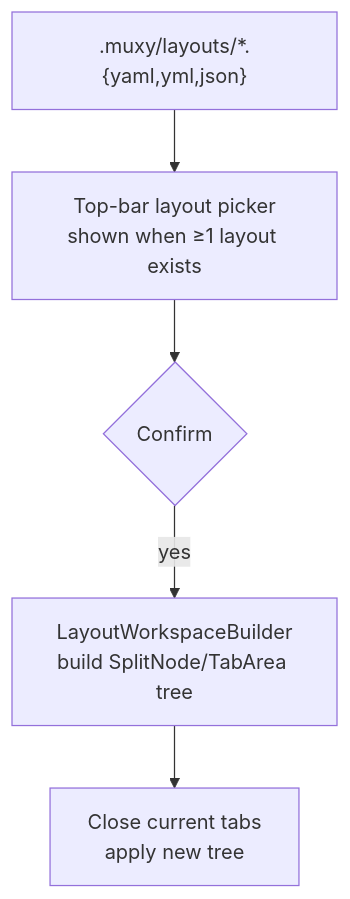
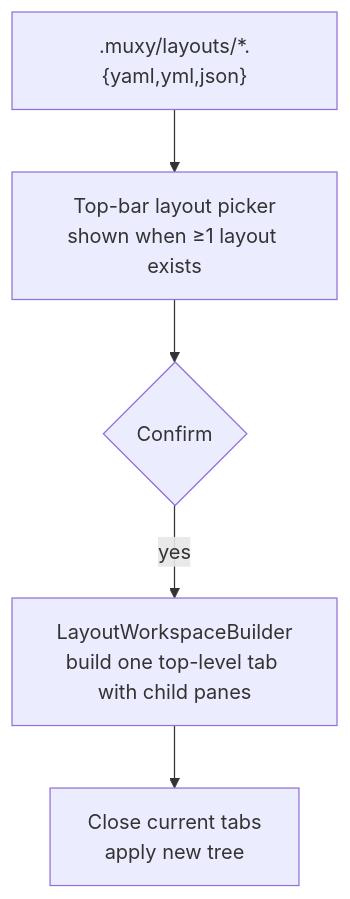
One commit to muxy-app/muxy changed the diagram in docs/layouts/overview.md. Above: the diagram before and after it, drawn with Mermaid. The commit also changed other lines of this file and 47 other files, not shown here.

Commit message:
Add child panes to the top-level tabs

````diff
--- a/docs/layouts/overview.md
+++ b/docs/layouts/overview.md
@@ -5,7 +5,7 @@
 ```mermaid
 flowchart TB
   Files[".muxy/layouts/*.{yaml,yml,json}"] --> Picker[Top-bar layout picker<br/>shown when ≥1 layout exists]
   Picker --> Confirm{Confirm}
-  Confirm -->|yes| Build[LayoutWorkspaceBuilder<br/>build SplitNode/TabArea tree]
+  Confirm -->|yes| Build[LayoutWorkspaceBuilder<br/>build one top-level tab with child panes]
   Build --> Replace[Close current tabs<br/>apply new tree]
 ```
````
